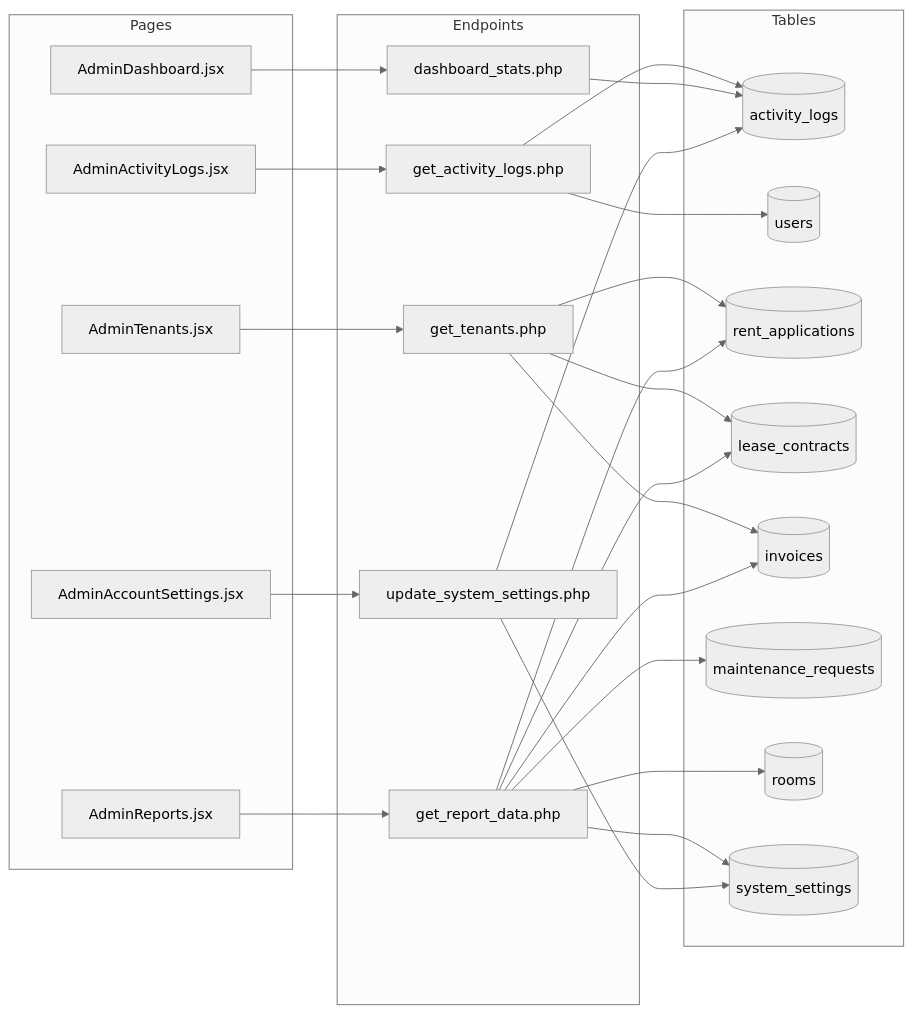
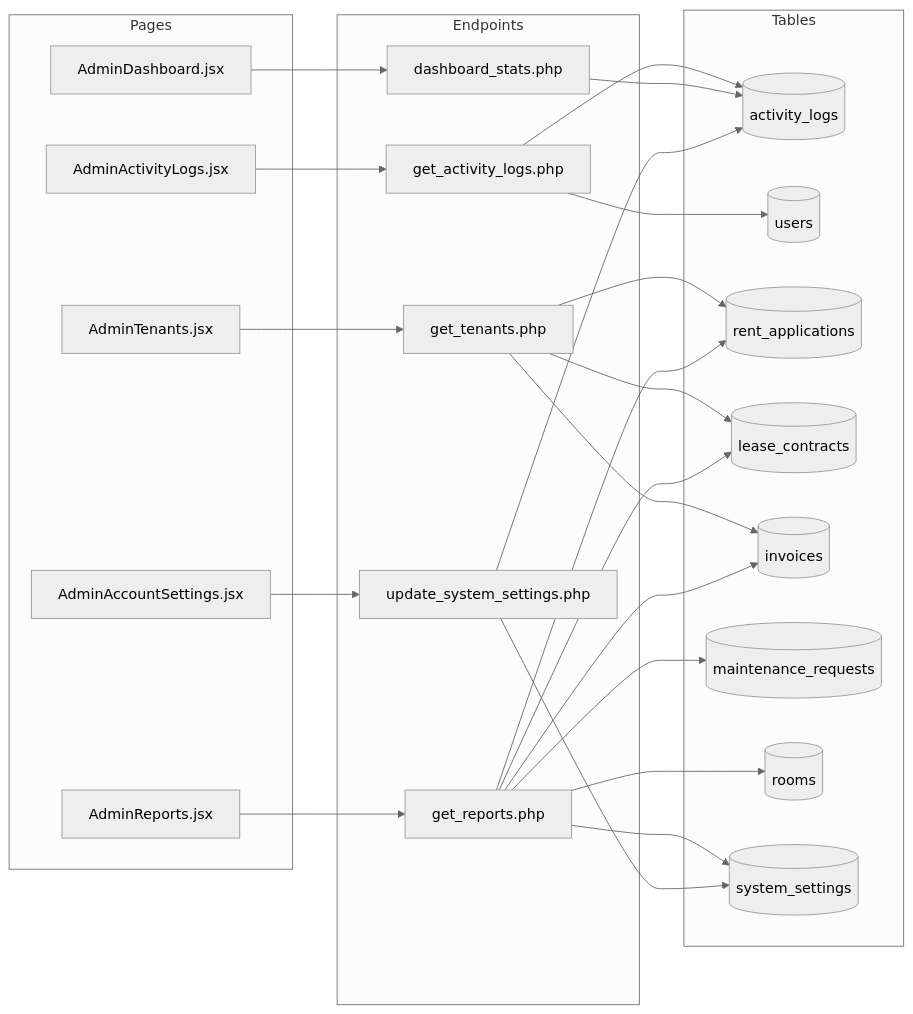
One commit to Keonbe/ApartmentManagementSystem_React changed diagram 21 of 36 in docs/documentation/module_verification_guide.md. Above: the diagram before and after it, drawn with Mermaid (neutral theme). The commit also changed other lines of this file and 20 other files, not shown here.

````diff
--- a/docs/documentation/module_verification_guide.md
+++ b/docs/documentation/module_verification_guide.md
@@ -1903,37 +1900,37 @@
 ```mermaid
 flowchart LR
     subgraph Pages
         AL[AdminActivityLogs.jsx]
         AD[AdminDashboard.jsx]
         AT[AdminTenants.jsx]
         AR[AdminReports.jsx]
         AS[AdminAccountSettings.jsx]
     end
     subgraph Endpoints
         E1[get_activity_logs.php]
         E2[dashboard_stats.php]
         E3[get_tenants.php]
-        E4[get_report_data.php]
+        E4[get_reports.php]
         E5[update_system_settings.php]
     end
     subgraph Tables
         T1[(activity_logs)]
         T2[(users)]
         T3[(rent_applications)]
         T4[(lease_contracts)]
         T5[(invoices)]
         T6[(maintenance_requests)]
         T7[(rooms)]
         T8[(system_settings)]
     end
     AL --> E1
     AD --> E2
     AT --> E3
     AR --> E4
     AS --> E5
     E1 --> T1 & T2
     E2 --> T1
     E3 --> T3 & T4 & T5
     E4 --> T3 & T4 & T5 & T6 & T7 & T8
     E5 --> T8 & T1
 ```
````
